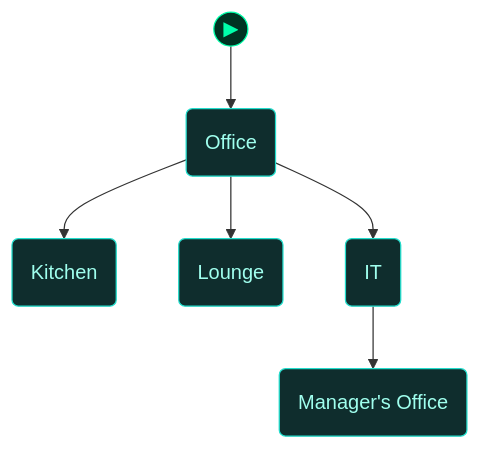
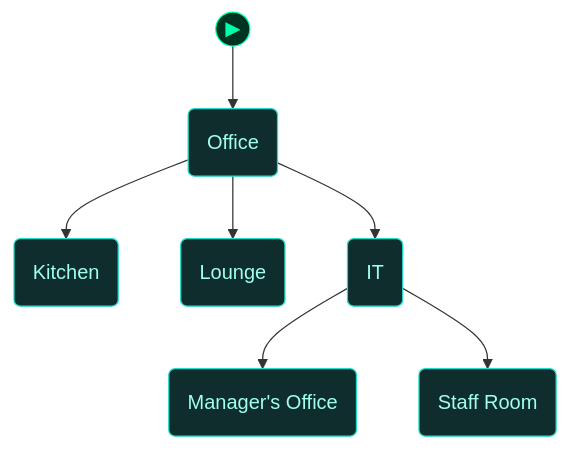
Before and after one commit to cliffe/BreakEscape: the first of 5 diagrams in scenarios/test_needs_sims/dungeon_graph.md, drawn with Mermaid. The commit also changed other lines of this file and 12 other files, not shown here.

First line of the commit message:
SIMS-4: the staff-room pair (Keith and Jodie, m02's porter and domestic)

````diff
--- a/scenarios/test_needs_sims/dungeon_graph.md
+++ b/scenarios/test_needs_sims/dungeon_graph.md
@@ -53,35 +53,37 @@
 ```mermaid
 flowchart TD
 
   classDef room      fill:#0f2d2d,stroke:#22ddcc,color:#a0ffee
   classDef lock      fill:#2d0f0f,stroke:#e66060,color:#ffa0a0
   classDef key       fill:#2d0812,stroke:#e66060,color:#ffa0a0
   classDef item      fill:#2d1200,stroke:#e89030,color:#ffcc80
   classDef gate      fill:#111,stroke:#666,color:#eee
   classDef vm        fill:#0c1f40,stroke:#4a90d9,color:#a0c8ff
   classDef flag      fill:#1a0c2d,stroke:#9060d0,color:#cc99ff
   classDef action    fill:#1a1200,stroke:#cc9922,color:#ffee88
   classDef aim       fill:#0d2a0d,stroke:#44cc44,color:#88ff88
   classDef aim_gate  fill:#111111,stroke:#44cc44,color:#44cc44
   classDef container fill:#1a2d1a,stroke:#60b060,color:#a0e0a0
   classDef npc       fill:#2d1f0d,stroke:#d0a050,color:#ffe0a0
   classDef critical  fill:#2a1500,stroke:#ffaa00,color:#ffdd88
   classDef start     fill:#003322,stroke:#00ffaa,color:#00ffaa
 
   node_start(("▶"))
   node_start --> office
 
   office("Office")
   kitchen("Kitchen")
   lounge("Lounge")
   it_room("IT")
   manager_office("Manager's Office")
+  staff_room("Staff Room")
 
   office --> kitchen
   office --> lounge
   office --> it_room
   it_room --> manager_office
+  it_room --> staff_room
 
-  class office,kitchen,lounge,it_room,manager_office room
+  class office,kitchen,lounge,it_room,manager_office,staff_room room
   class node_start start
 ```
````
